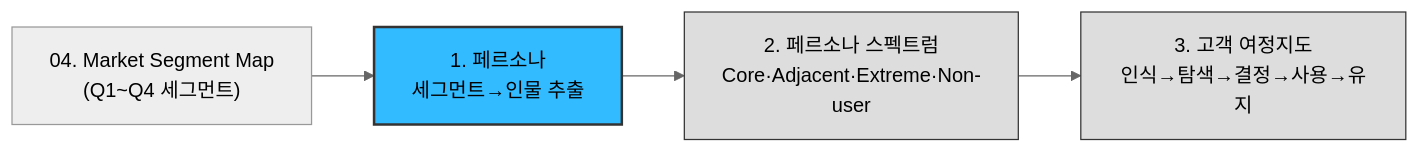
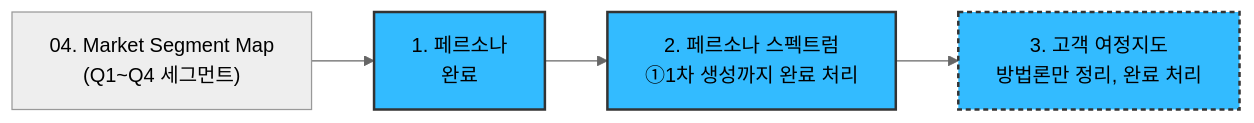
One commit to soobworks/business-research-practice changed the first of 4 diagrams in 05.persona-journey-map/1인가구한끼해결-페르소나여정/00-방법론.md. Above: the diagram before and after it, drawn with Mermaid (neutral theme). The commit also changed other lines of this file and 1 other file, not shown here.

Commit message:
Close out stage 5 (persona/spectrum/CJM) at current scope
Mark 05.persona-journey-map as complete as of 2026-08-10: 01-페르소나.md and 02-페르소나스펙트럼.md's step-1 divergent generation are the final deliverables. Explicitly documents that step 2-5 of the persona-spectrum workflow and the 03-고객여정지도.md deliverable are deliberately not pursued (a scope decision, not an oversight) — updated the stage overview diagram and status callouts in 00-방법론.md and 02-페르소나스펙트럼.md accordingly.

````diff
--- a/05.persona-journey-map/1인가구한끼해결-페르소나여정/00-방법론.md
+++ b/05.persona-journey-map/1인가구한끼해결-페르소나여정/00-방법론.md
@@ -8,10 +10,10 @@
 ```mermaid
 flowchart LR
-    A["04. Market Segment Map<br>(Q1~Q4 세그먼트)"] --> B["1. 페르소나<br>세그먼트→인물 추출"]
-    B --> C["2. 페르소나 스펙트럼<br>Core·Adjacent·Extreme·Non-user"]
-    C --> D["3. 고객 여정지도<br>인식→탐색→결정→사용→유지"]
+    A["04. Market Segment Map<br>(Q1~Q4 세그먼트)"] --> B["1. 페르소나<br>완료"]
+    B --> C["2. 페르소나 스펙트럼<br>①1차 생성까지 완료 처리"]
+    C --> D["3. 고객 여정지도<br>방법론만 정리, 완료 처리"]
 
     style B fill:#33BBFF,stroke:#333,stroke-width:2px
-    style C fill:#DDDDDD,stroke:#333,stroke-width:1px
-    style D fill:#DDDDDD,stroke:#333,stroke-width:1px
+    style C fill:#33BBFF,stroke:#333,stroke-width:2px
+    style D fill:#33BBFF,stroke:#333,stroke-width:2px,stroke-dasharray: 4 3
 ```
````
